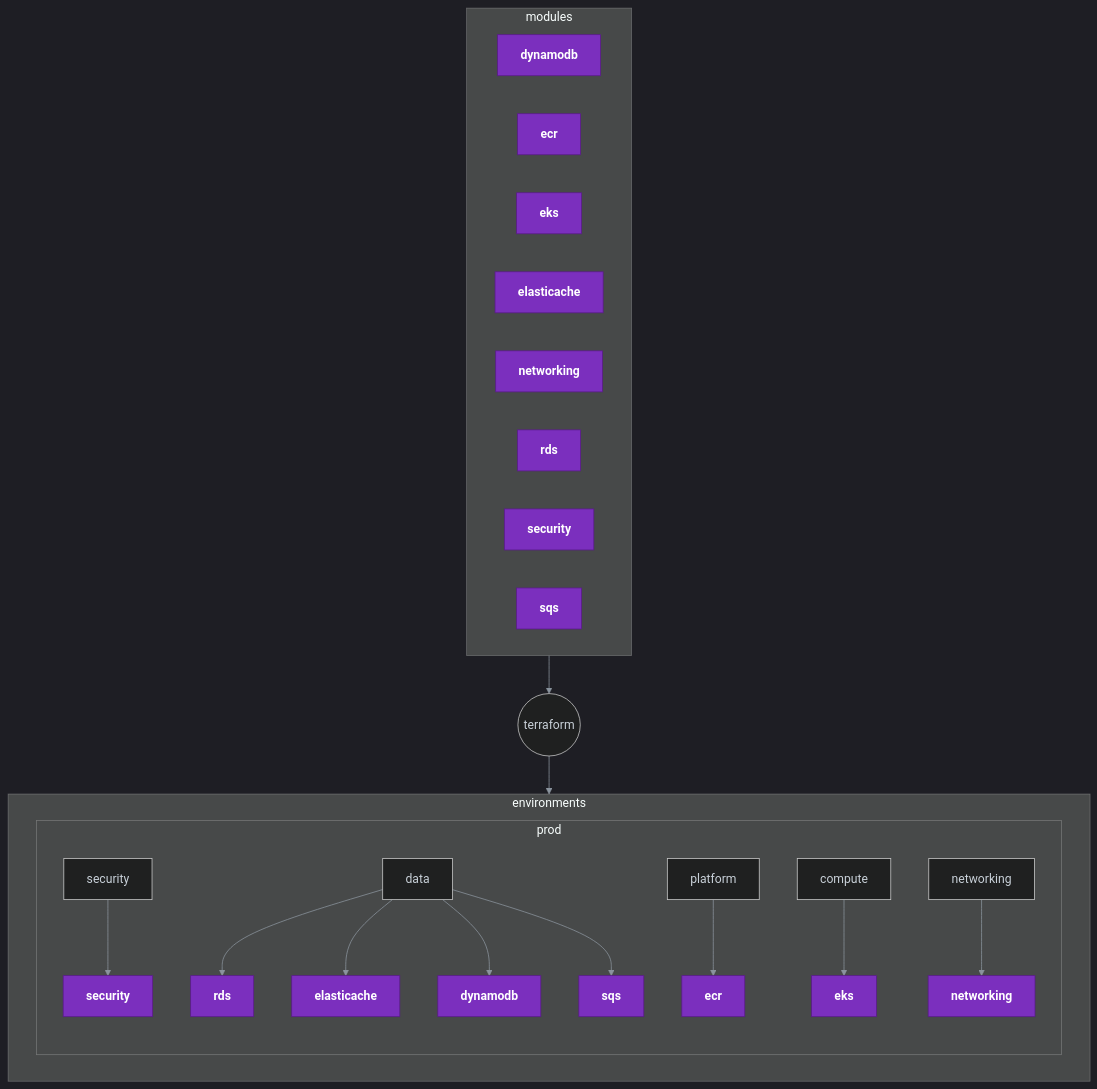
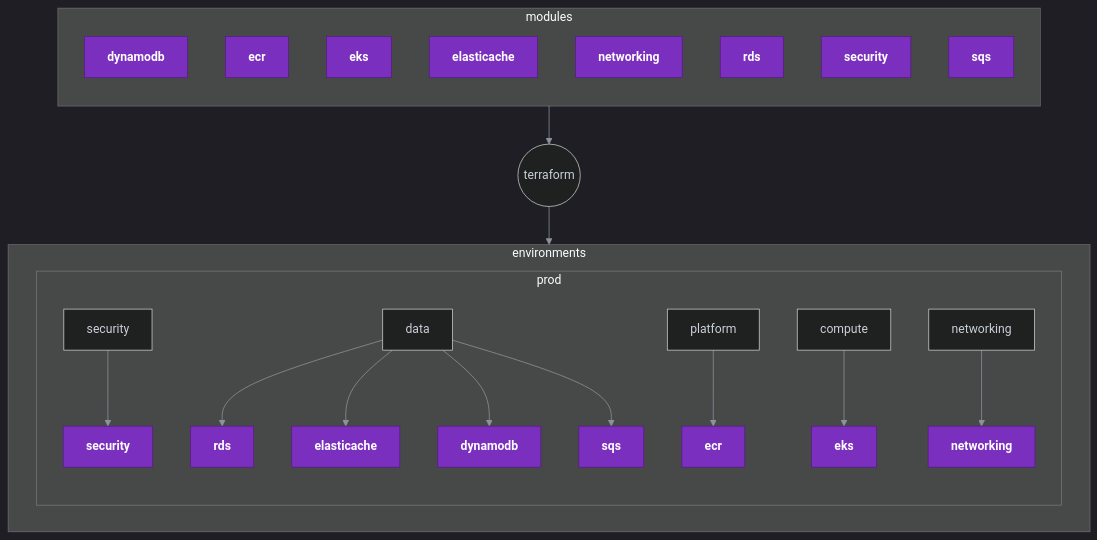
Before and after one commit to devops-tm/togglemaster-app: the first of 2 diagrams in terraform/readme.md, drawn with Mermaid. The commit also changed 5 other files, not shown here.

````diff
--- a/terraform/readme.md
+++ b/terraform/readme.md
@@ -14,38 +14,38 @@
 ```mermaid
 %%{init: {'theme': 'dark', 'themeVariables': { 'background': '#0d1117', 'primaryColor': '#21262d', 'primaryTextColor': '#c9d1d9', 'primaryBorderColor': '#30363d', 'lineColor': '#8b949e', 'textColor': '#c9d1d9' }}}%%
 graph TD
     root((terraform))
 
     subgraph envs["environments"]
         subgraph prod["prod"]
             direction TB
             sec["security"] --> mod_sec["security"]
             data["data"] --> mod_rds["rds"]
             data --> mod_elasticache["elasticache"]
             data --> mod_dynamodb["dynamodb"]
             data --> mod_sqs["sqs"]
             plat["platform"] --> mod_ecr["ecr"]
             comp["compute"] --> mod_eks["eks"]
             net["networking"] --> mod_net["networking"]
         end
     end
 
     subgraph mods["modules"]
-        direction LR
+        direction TB
         m_dynamodb["dynamodb"]
         m_ecr["ecr"]
         m_eks["eks"]
         m_elasticache["elasticache"]
         m_net["networking"]
         m_rds["rds"]
         m_sec["security"]
         m_sqs["sqs"]
     end
 
     root --> envs
     mods --> root
 
     classDef module fill:#7b2fbe,stroke:#5a1a8a,color:#ffffff,font-weight:bold
     class mod_sec,mod_rds,mod_elasticache,mod_dynamodb,mod_sqs,mod_ecr,mod_eks,mod_net module
     class m_dynamodb,m_ecr,m_eks,m_elasticache,m_net,m_rds,m_sec,m_sqs module
 ```
````
